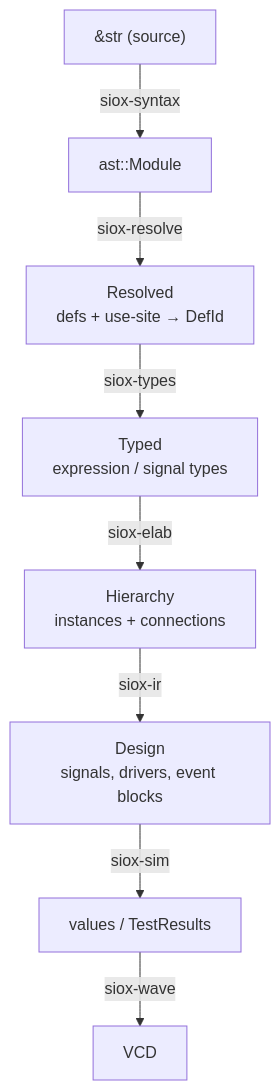
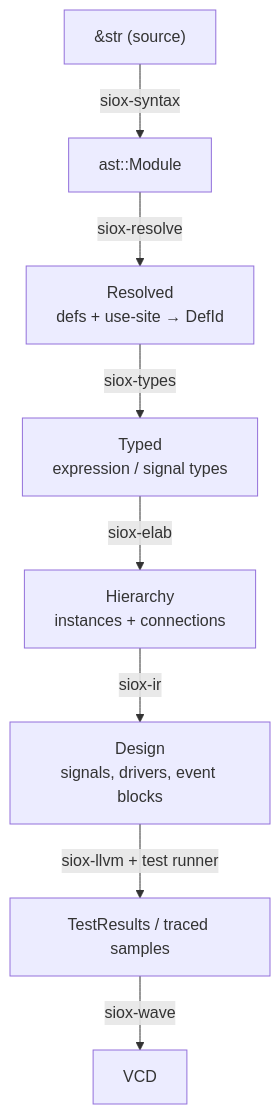
One commit to Siox-lang/sioxc changed the second of 2 diagrams in docs/architecture.md. Above: the diagram before and after it, drawn with Mermaid. The commit also changed other lines of this file and 1 other file, not shown here.

First line of the commit message:
docs: fix pipeline graphs — LLVM is the engine, sim is the oracle

````diff
--- a/docs/architecture.md
+++ b/docs/architecture.md
@@ -48,10 +50,10 @@
 ```mermaid
 flowchart TD
     A["&str (source)"] -->|siox-syntax| B["ast::Module"]
     B -->|siox-resolve| C["Resolved<br/>defs + use-site → DefId"]
     C -->|siox-types| D["Typed<br/>expression / signal types"]
     D -->|siox-elab| E["Hierarchy<br/>instances + connections"]
     E -->|siox-ir| F["Design<br/>signals, drivers, event blocks"]
-    F -->|siox-sim| G["values / TestResults"]
+    F -->|"siox-llvm + test runner"| G["TestResults / traced samples"]
     G -->|siox-wave| H["VCD"]
 ```
````
